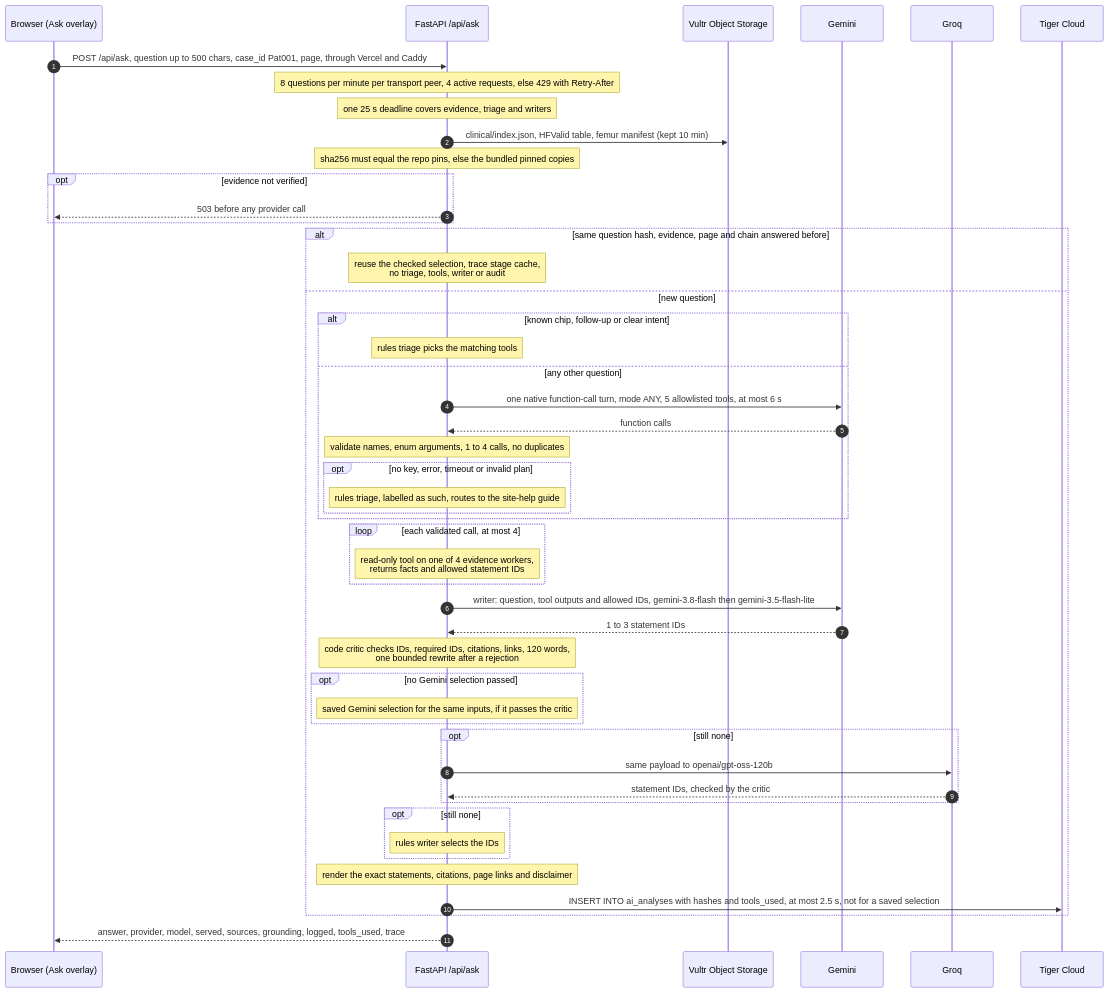
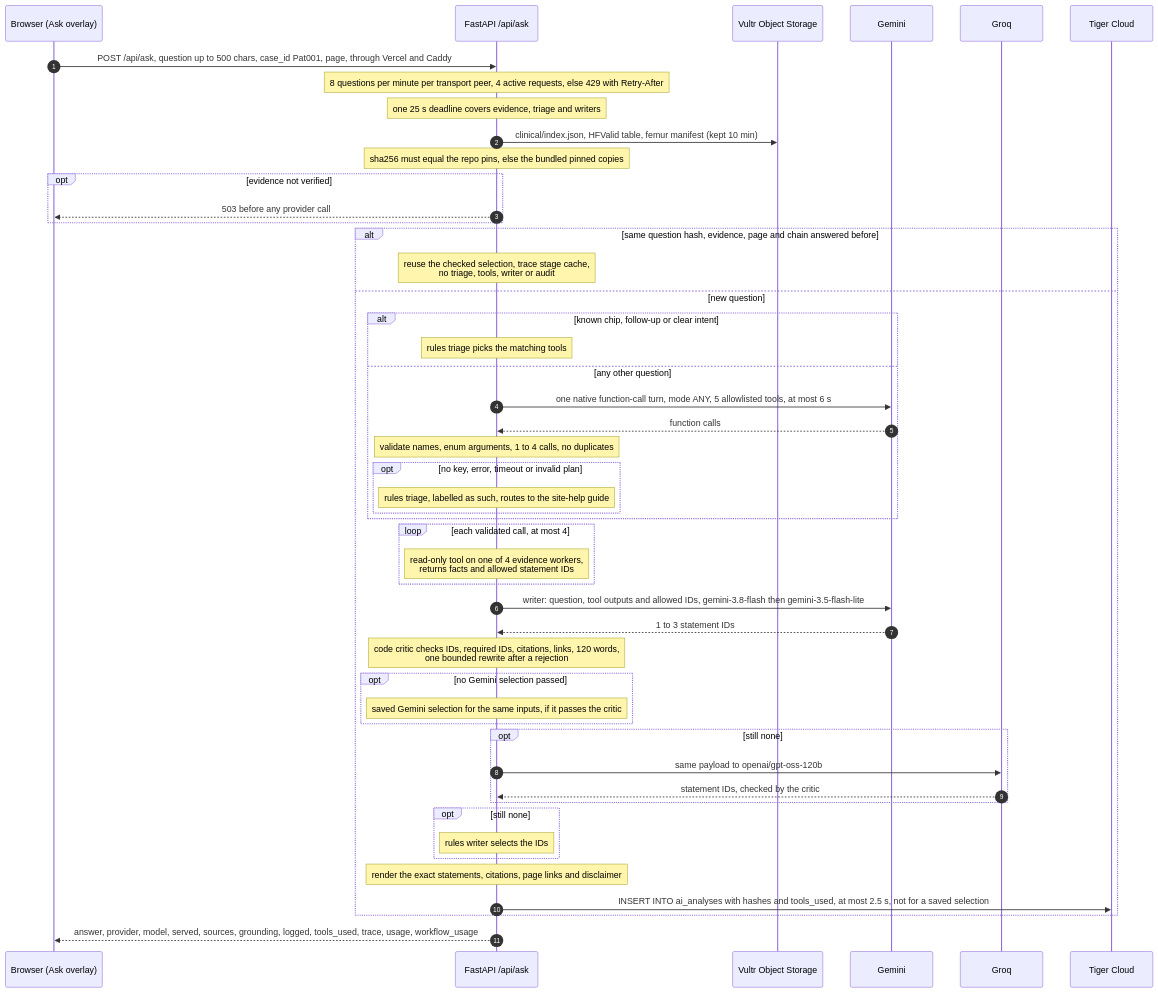
Before and after one commit to galitau/Rainbone_prod_hackthevalley11: the seventh of 9 diagrams in ARCHITECTURE.md, drawn with Mermaid. The commit also changed other lines of this file and 1 other file, not shown here.

First line of the commit message:
docs: correct ARCHITECTURE.md and BUSINESS_PROCESS_FLOW.md against the code

````diff
--- a/ARCHITECTURE.md
+++ b/ARCHITECTURE.md
@@ -357,52 +359,52 @@
 ```mermaid
 sequenceDiagram
   autonumber
   participant B as Browser (Ask overlay)
   participant A as FastAPI /api/ask
   participant S as Vultr Object Storage
   participant G as Gemini
   participant Q as Groq
   participant T as Tiger Cloud
 
   B->>A: POST /api/ask, question up to 500 chars, case_id Pat001, page, through Vercel and Caddy
   Note over A: 8 questions per minute per transport peer, 4 active requests, else 429 with Retry-After
   Note over A: one 25 s deadline covers evidence, triage and writers
   A->>S: clinical/index.json, HFValid table, femur manifest (kept 10 min)
   Note over A: sha256 must equal the repo pins, else the bundled pinned copies
   opt evidence not verified
     A-->>B: 503 before any provider call
   end
   alt same question hash, evidence, page and chain answered before
     Note over A: reuse the checked selection, trace stage cache,<br/>no triage, tools, writer or audit
   else new question
     alt known chip, follow-up or clear intent
       Note over A: rules triage picks the matching tools
     else any other question
       A->>G: one native function-call turn, mode ANY, 5 allowlisted tools, at most 6 s
       G-->>A: function calls
       Note over A: validate names, enum arguments, 1 to 4 calls, no duplicates
       opt no key, error, timeout or invalid plan
         Note over A: rules triage, labelled as such, routes to the site-help guide
       end
     end
     loop each validated call, at most 4
       Note over A: read-only tool on one of 4 evidence workers,<br/>returns facts and allowed statement IDs
     end
     A->>G: writer: question, tool outputs and allowed IDs, gemini-3.8-flash then gemini-3.5-flash-lite
     G-->>A: 1 to 3 statement IDs
     Note over A: code critic checks IDs, required IDs, citations, links, 120 words,<br/>one bounded rewrite after a rejection
     opt no Gemini selection passed
       Note over A: saved Gemini selection for the same inputs, if it passes the critic
     end
     opt still none
       A->>Q: same payload to openai/gpt-oss-120b
       Q-->>A: statement IDs, checked by the critic
     end
     opt still none
       Note over A: rules writer selects the IDs
     end
     Note over A: render the exact statements, citations, page links and disclaimer
     A->>T: INSERT INTO ai_analyses with hashes and tools_used, at most 2.5 s, not for a saved selection
   end
-  A-->>B: answer, provider, model, served, sources, grounding, logged, tools_used, trace
+  A-->>B: answer, provider, model, served, sources, grounding, logged, tools_used, trace, usage, workflow_usage
 ```
````
